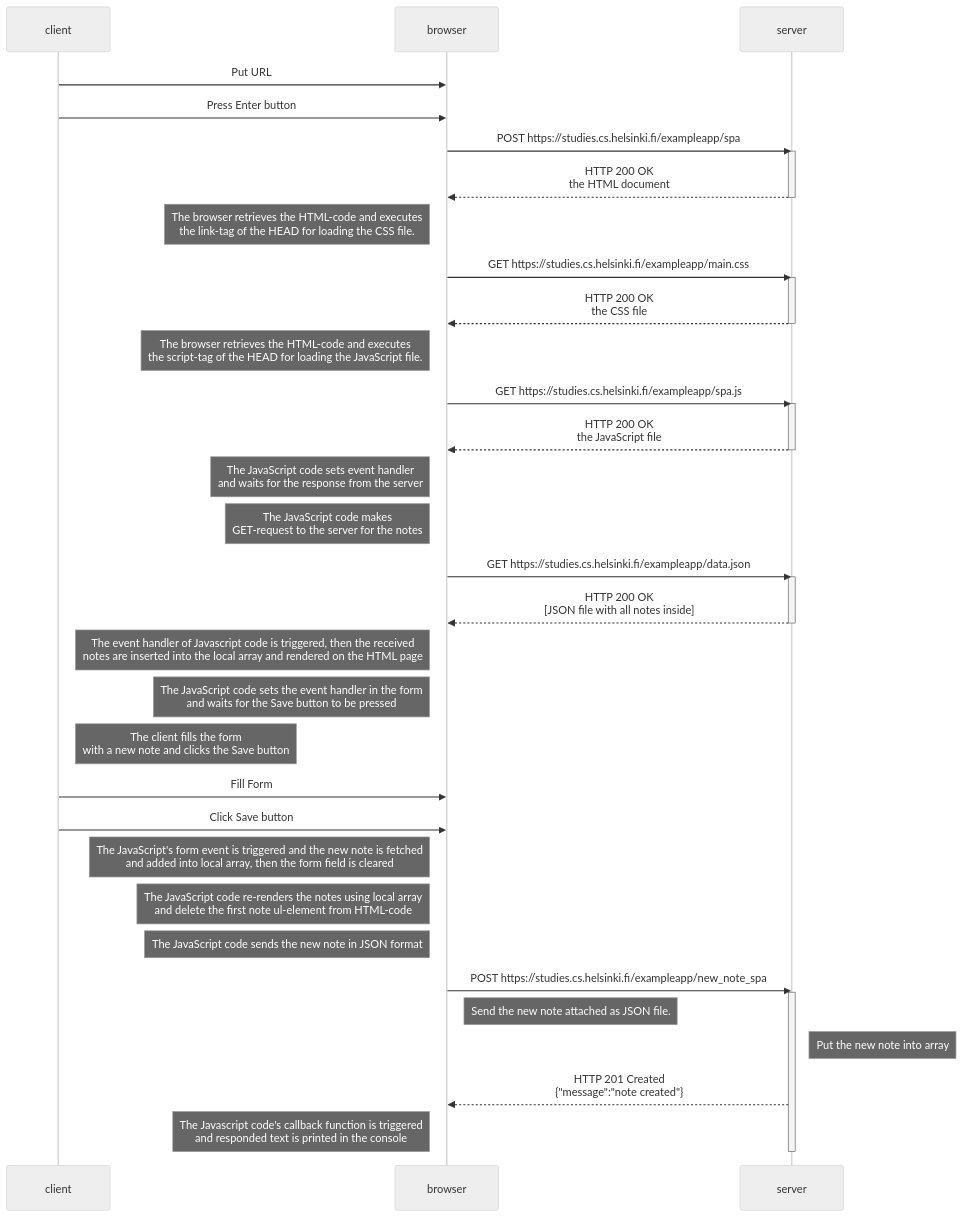
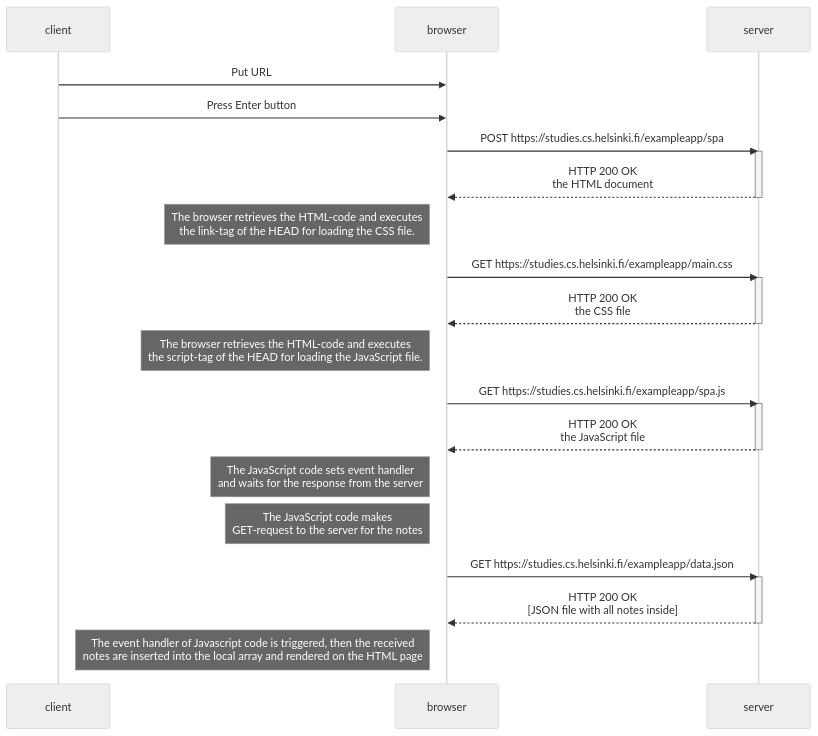
The diagram in osa0/Single_Page_App/README.md (VadimZubchenko/fullstack-open-tehtavat), drawn with Mermaid (neutral theme) before and after one commit.

````diff
--- a/osa0/Single_Page_App/README.md
+++ b/osa0/Single_Page_App/README.md
@@ -1,50 +1,36 @@
 ```mermaid
 sequenceDiagram
     participant client
     participant browser
     participant server
     
     client->>browser: Put URL 
     client->>browser: Press Enter button
     browser->>server: POST https://studies.cs.helsinki.fi/exampleapp/spa
     activate server
     server-->>browser: HTTP 200 OK<br/>the HTML document
     deactivate server
 
     Note left of browser: The browser retrieves the HTML-code and executes<br/>the link-tag of the HEAD for loading the CSS file.
     browser->>server: GET https://studies.cs.helsinki.fi/exampleapp/main.css
     activate server
     server-->>browser: HTTP 200 OK<br/>the CSS file
     deactivate server
 
     Note left of browser: The browser retrieves the HTML-code and executes<br/>the script-tag of the HEAD for loading the JavaScript file.
     browser->>server: GET https://studies.cs.helsinki.fi/exampleapp/spa.js
     activate server
     server-->>browser: HTTP 200 OK<br/>the JavaScript file
     deactivate server
 
     Note left of browser: The JavaScript code sets event handler<br/>and waits for the response from the server  
     Note left of browser: The JavaScript code makes<br/>GET-request to the server for the notes
     browser->>server: GET https://studies.cs.helsinki.fi/exampleapp/data.json
     activate server
     server-->>browser: HTTP 200 OK<br/>[JSON file with all notes inside]
     deactivate server
 
     Note left of browser: The event handler of Javascript code is triggered, then the received<br/> notes are inserted into the local         array and rendered on the HTML page
-    Note left of browser: The JavaScript code sets the event handler in the form<br/>and waits for the Save button to be pressed   
-    Note right of client: The client fills the form<br/>with a new note and clicks the Save button 
     
-    client->>browser: Fill Form
-    client->>browser: Click Save button
-    Note left of browser: The JavaScript's form event is triggered and the new note is fetched<br/>and added into local array, then the form field is cleared
-    Note left of browser: The JavaScript code re-renders the notes using local array<br/>and delete the first note ul-element from HTML-code  
-    Note left of browser: The JavaScript code sends the new note in JSON format
-    browser->>server: POST https://studies.cs.helsinki.fi/exampleapp/new_note_spa
-    activate server
-    Note right of browser: Send the new note attached as JSON file.
-    Note right of server: Put the new note into array
-    server-->>browser: HTTP 201 Created<br/>{"message":"note created"}
-    Note left of browser:  The Javascript code's callback function is triggered<br/>and responded text is printed in the console
-    deactivate server    
 
 ```
````
